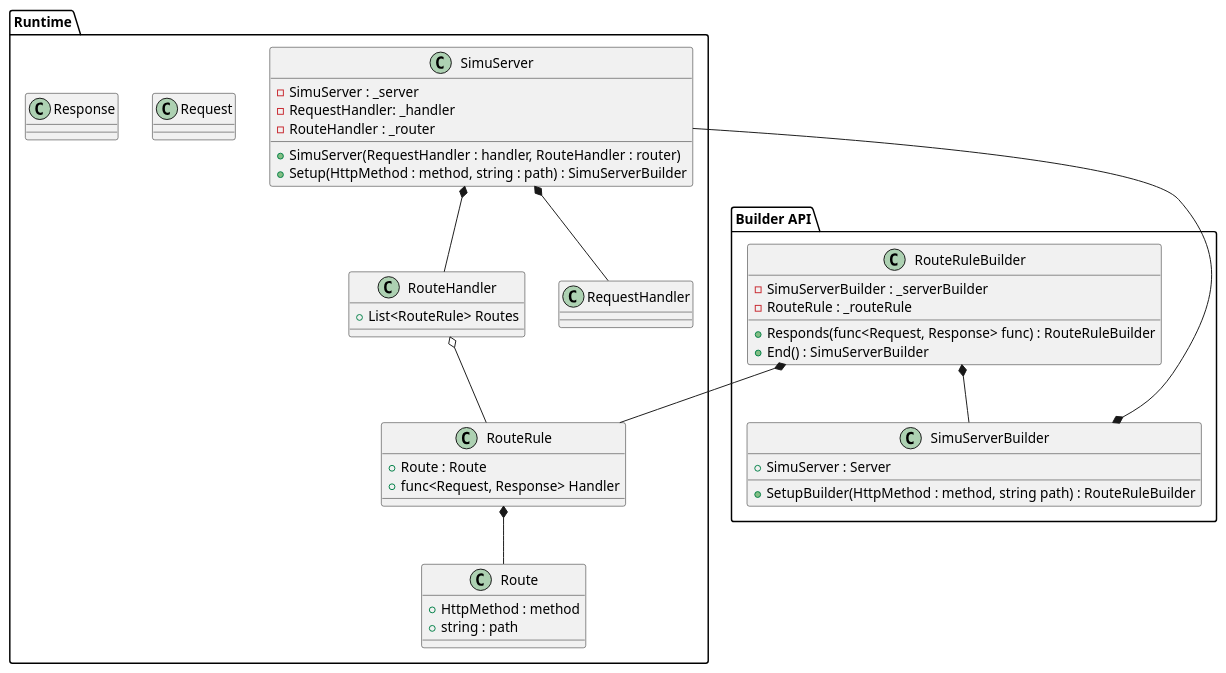
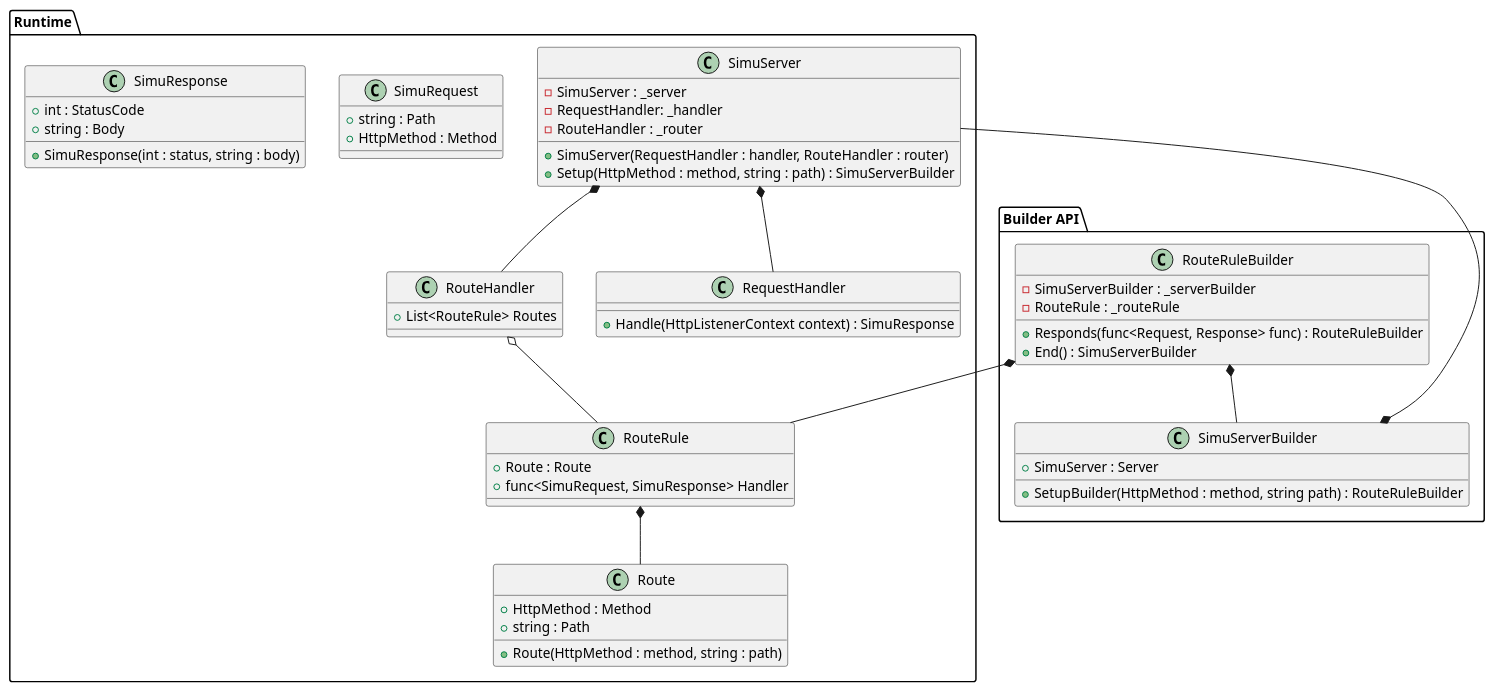
Before and after one commit to Addurezz/SimuRest: the diagram in SimuRest.Core/docs/Class.puml, drawn with PlantUML. The commit also changed 2 other files, not shown here.

```diff
--- a/SimuRest.Core/docs/Class.puml
+++ b/SimuRest.Core/docs/Class.puml
@@ -1,63 +1,75 @@
 @startuml
 'https://plantuml.com/class-diagram
 
 top to bottom direction
 
 package "Runtime" {
     class SimuServer {
         - SimuServer : _server
         - RequestHandler: _handler
         - RouteHandler : _router
         + SimuServer(RequestHandler : handler, RouteHandler : router)
         + Setup(HttpMethod : method, string : path) : SimuServerBuilder
     }
     
     class RouteHandler {
         + List<RouteRule> Routes  
     }
     
     class Route {
-        + HttpMethod : method
-        + string : path
+        + HttpMethod : Method
+        + string : Path
+        
+        + Route(HttpMethod : method, string : path)
     }
     
     class RouteRule {
         + Route : Route
-        + func<Request, Response> Handler
+        + func<SimuRequest, SimuResponse> Handler
     }
     
     
-    class Request
+    class SimuRequest {
+        + string : Path
+        + HttpMethod : Method
+    }
     
-    class RequestHandler
+    class RequestHandler {
+        + Handle(HttpListenerContext context) : SimuResponse
+    }
     
-    class Response
+    class SimuResponse {
+        + int : StatusCode
+        + string : Body
+        
+        + SimuResponse(int : status, string : body)
+    }
 }
 
 package "Builder API" {
     class SimuServerBuilder {
         + SimuServer : Server
         + SetupBuilder(HttpMethod : method, string path) : RouteRuleBuilder
     }
     
     class RouteRuleBuilder {
         - SimuServerBuilder : _serverBuilder
         - RouteRule : _routeRule
         
         + Responds(func<Request, Response> func) : RouteRuleBuilder
         + End() : SimuServerBuilder
     }
 }
 
 SimuServer --* SimuServerBuilder
 RouteRuleBuilder *-- SimuServerBuilder
 
 RouteRuleBuilder *-- RouteRule
 RouteRule *-- Route
 
 SimuServer *-- RequestHandler
 SimuServer *-- RouteHandler
 
 RouteHandler o-- RouteRule
 
 @enduml
```
